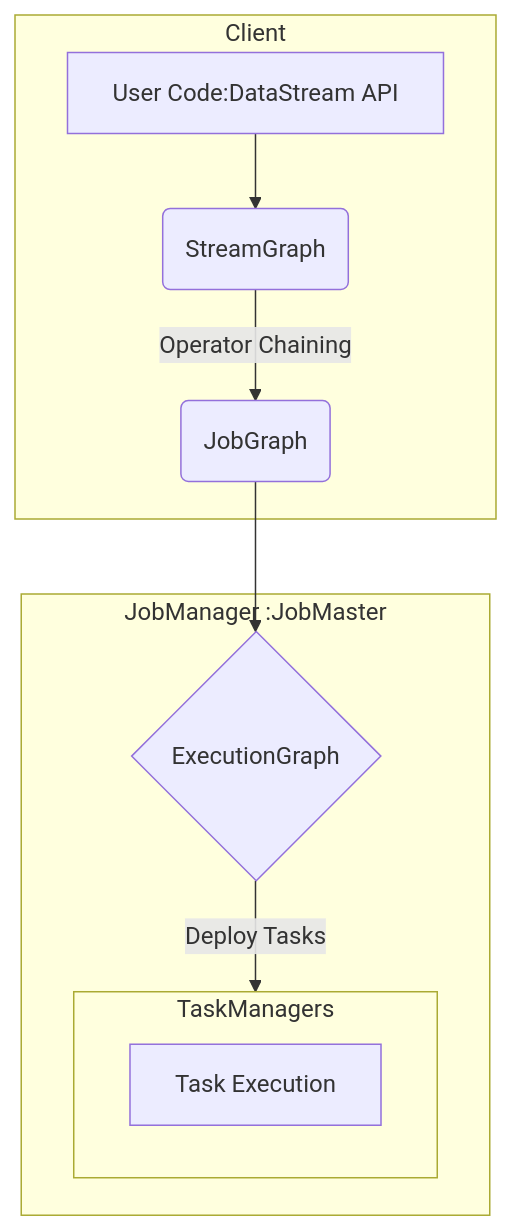
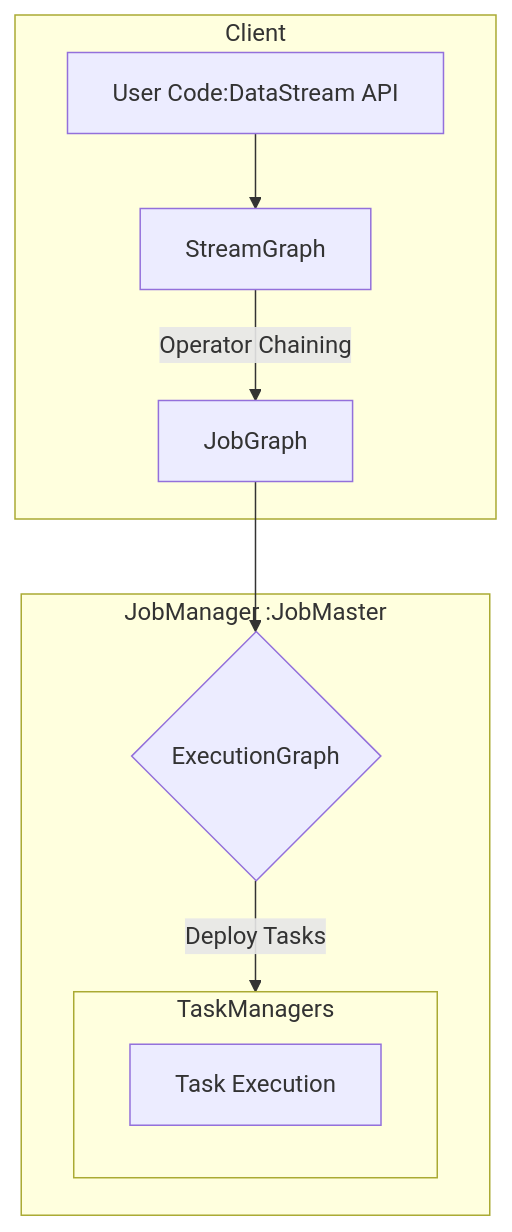
Before and after one commit to gravitys169/pages: the third of 3 diagrams in AI_BOOK/大数据引擎内核：原理、设计与实现/09_Flink架构与核心概念.md, drawn with Mermaid. The commit also changed other lines of this file and 8 other files, not shown here.

````diff
--- a/AI_BOOK/大数据引擎内核：原理、设计与实现/09_Flink架构与核心概念.md
+++ b/AI_BOOK/大数据引擎内核：原理、设计与实现/09_Flink架构与核心概念.md
@@ -203,18 +203,18 @@
 ```mermaid
 graph TD
-    subgraph Client
-        A[User Code:DataStream API] --> B(StreamGraph);
-        B -- Operator Chaining --> C(JobGraph);
+    subgraph "Client"
+        A["User Code:DataStream API"] --> B["StreamGraph"];
+        B -- "Operator Chaining" --> C["JobGraph"];
     end
 
    
 
-    subgraph JobManager :JobMaster
-        C --> D{ExecutionGraph};
+    subgraph "JobManager :JobMaster"
+        C --> D{"ExecutionGraph"};
         D -- "Deploy Tasks" --> TaskManagers
     end
 
-    subgraph TaskManagers
-        E[Task Execution]
+    subgraph "TaskManagers"
+        E["Task Execution"]
     end
 ```
````
